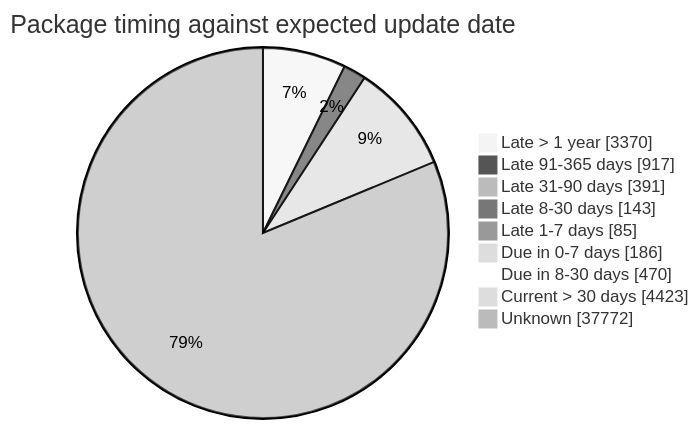
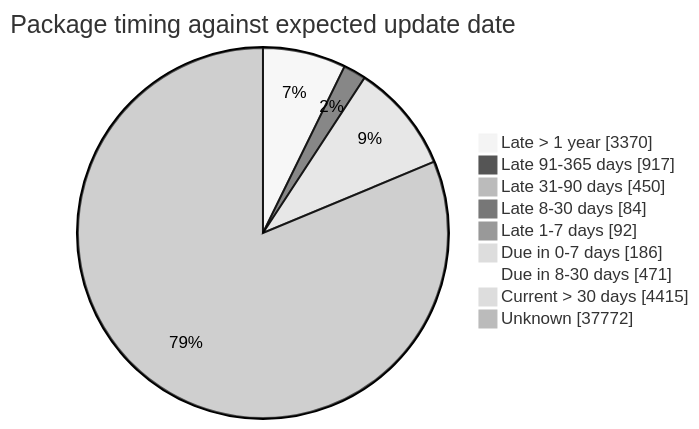
The fourth of 5 diagrams in FreshCheck/README.md (open-data/analytics-corporate-reporting), drawn with Mermaid (neutral theme) before and after one commit. The commit also changed other lines of this file and 3 other files, not shown here.

````diff
--- a/FreshCheck/README.md
+++ b/FreshCheck/README.md
@@ -86,12 +86,12 @@
 ```mermaid
 pie showData title Package timing against expected update date
     "Late > 1 year": 3370
     "Late 91-365 days": 917
-    "Late 31-90 days": 391
-    "Late 8-30 days": 143
-    "Late 1-7 days": 85
+    "Late 31-90 days": 450
+    "Late 8-30 days": 84
+    "Late 1-7 days": 92
     "Due in 0-7 days": 186
-    "Due in 8-30 days": 470
-    "Current > 30 days": 4423
+    "Due in 8-30 days": 471
+    "Current > 30 days": 4415
     "Unknown": 37772
 ```
````
